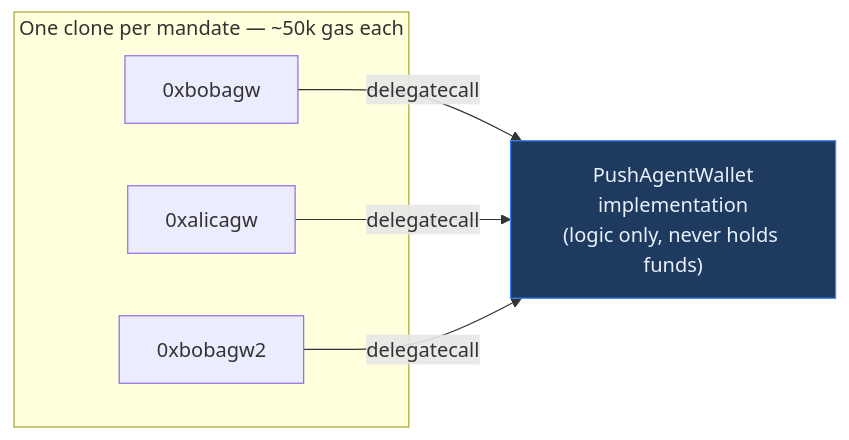
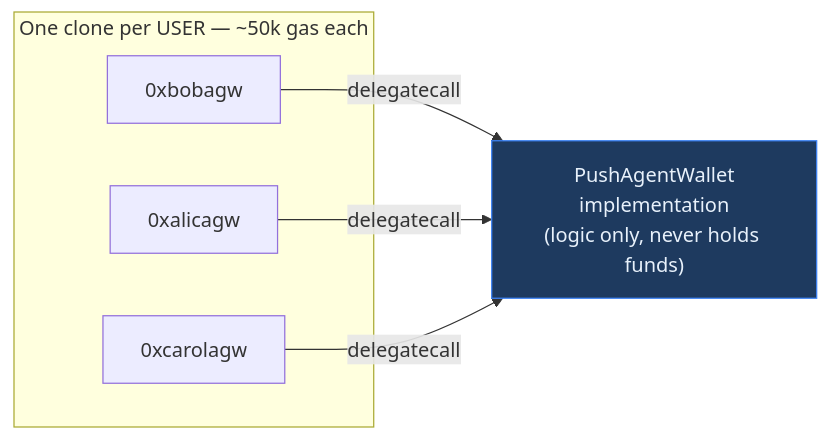
Before and after one commit to HusseinAdeiza/push-agentic-wallets: the third of 7 diagrams in docs/agent-wallet.md, drawn with Mermaid. The commit also changed 31 other files, not shown here.

First line of the commit message:
Implement architecture v2: one wallet per user

````diff
--- a/docs/agent-wallet.md
+++ b/docs/agent-wallet.md
@@ -68,14 +68,14 @@
 ```mermaid
 graph LR
-    subgraph clones["One clone per mandate — ~50k gas each"]
+    subgraph clones["One clone per USER — ~50k gas each"]
         C1["0xbobagw"]
         C2["0xalicagw"]
-        C3["0xbobagw2"]
+        C3["0xcarolagw"]
     end
     IMPL["PushAgentWallet<br/>implementation<br/>(logic only, never holds funds)"]
     C1 -->|delegatecall| IMPL
     C2 -->|delegatecall| IMPL
     C3 -->|delegatecall| IMPL
 
     style IMPL fill:#1e3a5f,stroke:#3b82f6,color:#e8f1fb
 ```
````
